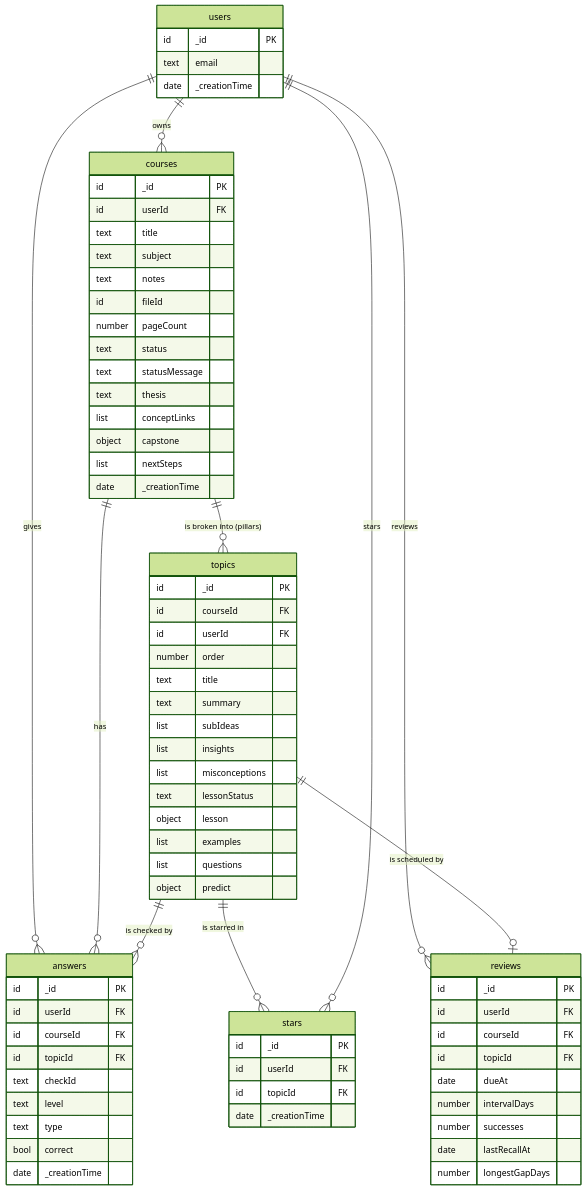
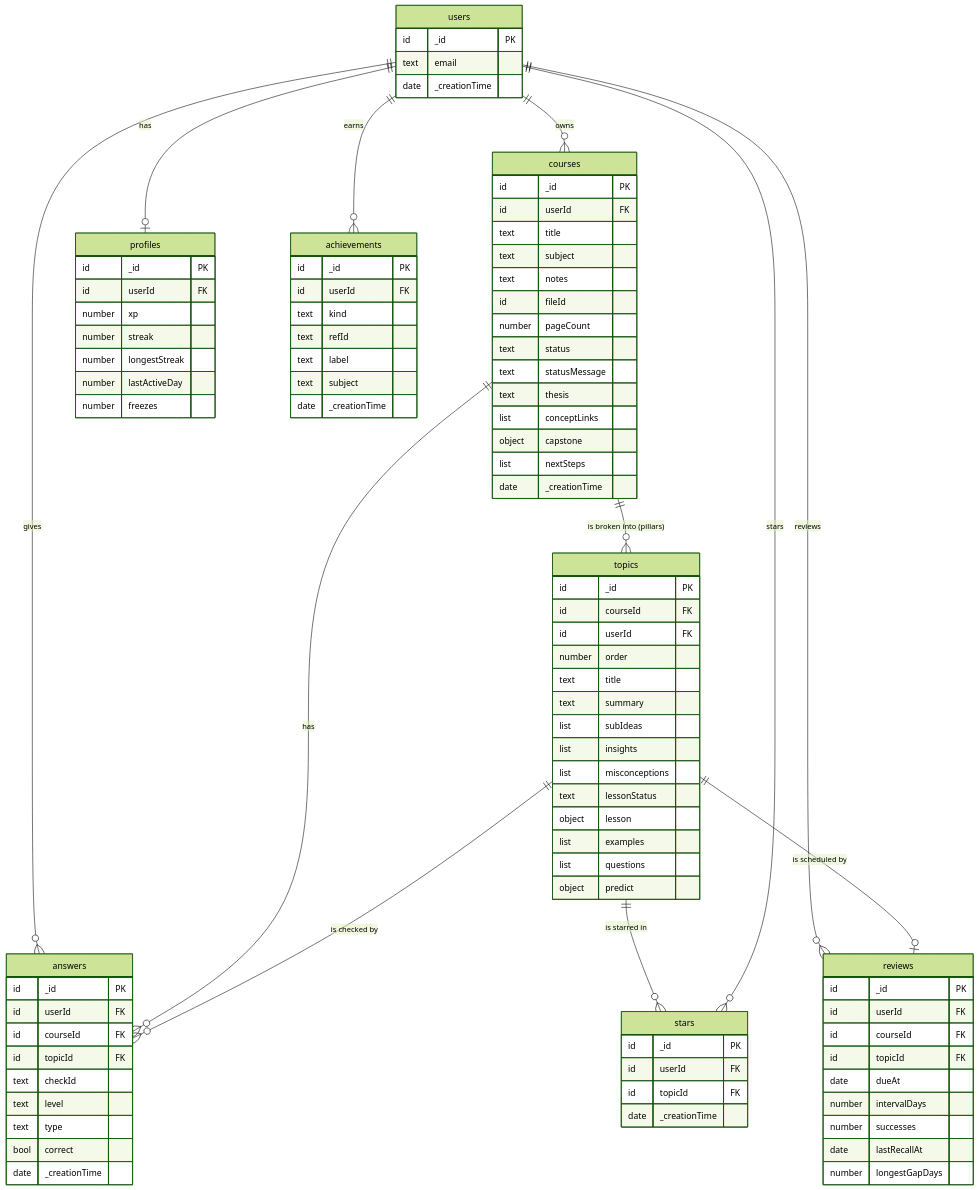
The diagram in schema.md (Hemanth2423/Learning-retention), drawn with Mermaid (forest theme) before and after one commit. The commit also changed other lines of this file and 15 other files, not shown here.

Commit message:
Gamification: XP, levels, streaks with freezes, achievements page

````diff
--- a/schema.md
+++ b/schema.md
@@ -7,66 +7,82 @@
 ```mermaid
 erDiagram
   users ||--o{ courses : "owns"
   courses ||--o{ topics : "is broken into (pillars)"
   topics ||--o{ answers : "is checked by"
   courses ||--o{ answers : "has"
   users ||--o{ answers : "gives"
   users ||--o{ stars : "stars"
   topics ||--o| reviews : "is scheduled by"
   users ||--o{ reviews : "reviews"
+  users ||--o| profiles : "has"
+  users ||--o{ achievements : "earns"
   topics ||--o{ stars : "is starred in"
 
   users { id _id PK
     text email
     date _creationTime }
   courses { id _id PK
     id userId FK
     text title
     text subject
     text notes
     id fileId
     number pageCount
     text status
     text statusMessage
     text thesis
     list conceptLinks
     object capstone
     list nextSteps
     date _creationTime }
   topics { id _id PK
     id courseId FK
     id userId FK
     number order
     text title
     text summary
     list subIdeas
     list insights
     list misconceptions
     text lessonStatus
     object lesson
     list examples
     list questions
     object predict }
   answers { id _id PK
     id userId FK
     id courseId FK
     id topicId FK
     text checkId
     text level
     text type
     bool correct
     date _creationTime }
   reviews { id _id PK
     id userId FK
     id courseId FK
     id topicId FK
     date dueAt
     number intervalDays
     number successes
     date lastRecallAt
     number longestGapDays }
+  profiles { id _id PK
+    id userId FK
+    number xp
+    number streak
+    number longestStreak
+    number lastActiveDay
+    number freezes }
+  achievements { id _id PK
+    id userId FK
+    text kind
+    text refId
+    text label
+    text subject
+    date _creationTime }
   stars { id _id PK
     id userId FK
     id topicId FK
     date _creationTime }
 ```
````
